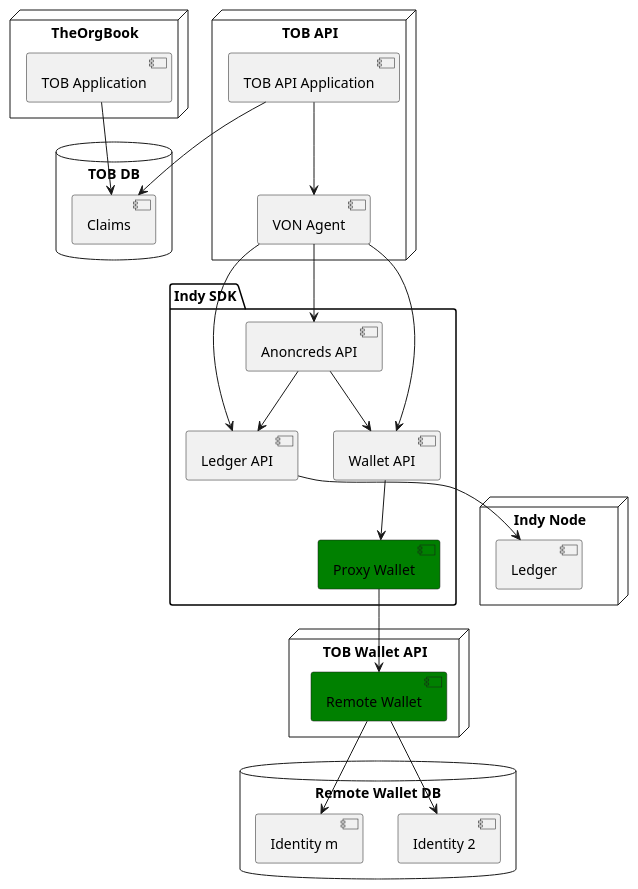
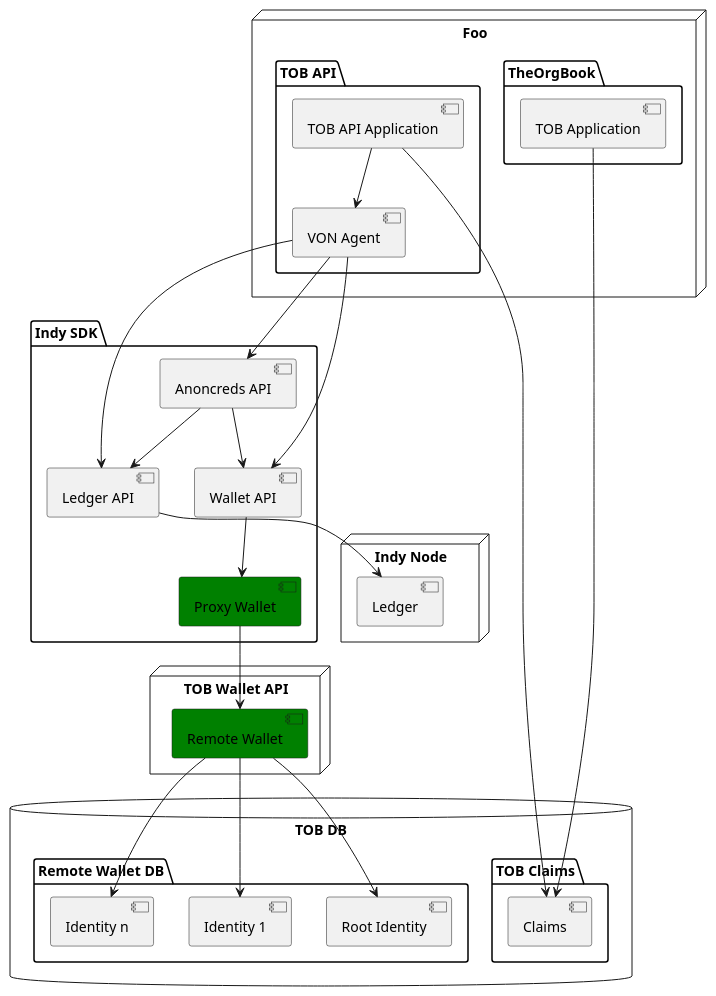
Before and after one commit to bcgov/indy-sdk: the diagram in doc/wallet/ew-tob-design.puml, drawn with PlantUML. The commit also changed 5 other files, not shown here.

```diff
--- a/doc/wallet/ew-tob-design.puml
+++ b/doc/wallet/ew-tob-design.puml
@@ -1,43 +1,49 @@
 @startuml
-node "TheOrgBook" {
+node "Foo" {
+folder "TheOrgBook" {
 [TOB Application]
 }
-node "TOB API" {
+folder "TOB API" {
 [TOB API Application]
 [VON Agent]
+}
 }
 [TOB API Application] --> [VON Agent]
 folder "Indy SDK" {
 [Ledger API]
 [Anoncreds API]
 [Wallet API]
 [Proxy Wallet]
 }
 component [Proxy Wallet] #Green
 [VON Agent] --> [Ledger API]
 [VON Agent] --> [Anoncreds API]
 [VON Agent] --> [Wallet API]
 [Anoncreds API] --> [Ledger API]
 [Anoncreds API] --> [Wallet API]
 [Wallet API] --> [Proxy Wallet]
 node "Indy Node" {
 [Ledger]
 }
 node "TOB Wallet API" {
 [Remote Wallet]
 }
 component [Remote Wallet] #Green
 database "TOB DB" {
+folder "TOB Claims" {
 [Claims]
 }
-database "Remote Wallet DB" {
-[Identity 2]
-[Identity m]
+folder "Remote Wallet DB" {
+[Root Identity]
+[Identity 1]
+[Identity n]
+}
 }
 [TOB Application] --> [Claims]
 [TOB API Application] --> [Claims]
-[Remote Wallet] --> [Identity 2]
-[Remote Wallet] --> [Identity m]
+[Remote Wallet] --> [Root Identity]
+[Remote Wallet] --> [Identity 1]
+[Remote Wallet] --> [Identity n]
 [Proxy Wallet] --> [Remote Wallet]
 [Ledger API] --> [Ledger]
 @enduml
```
